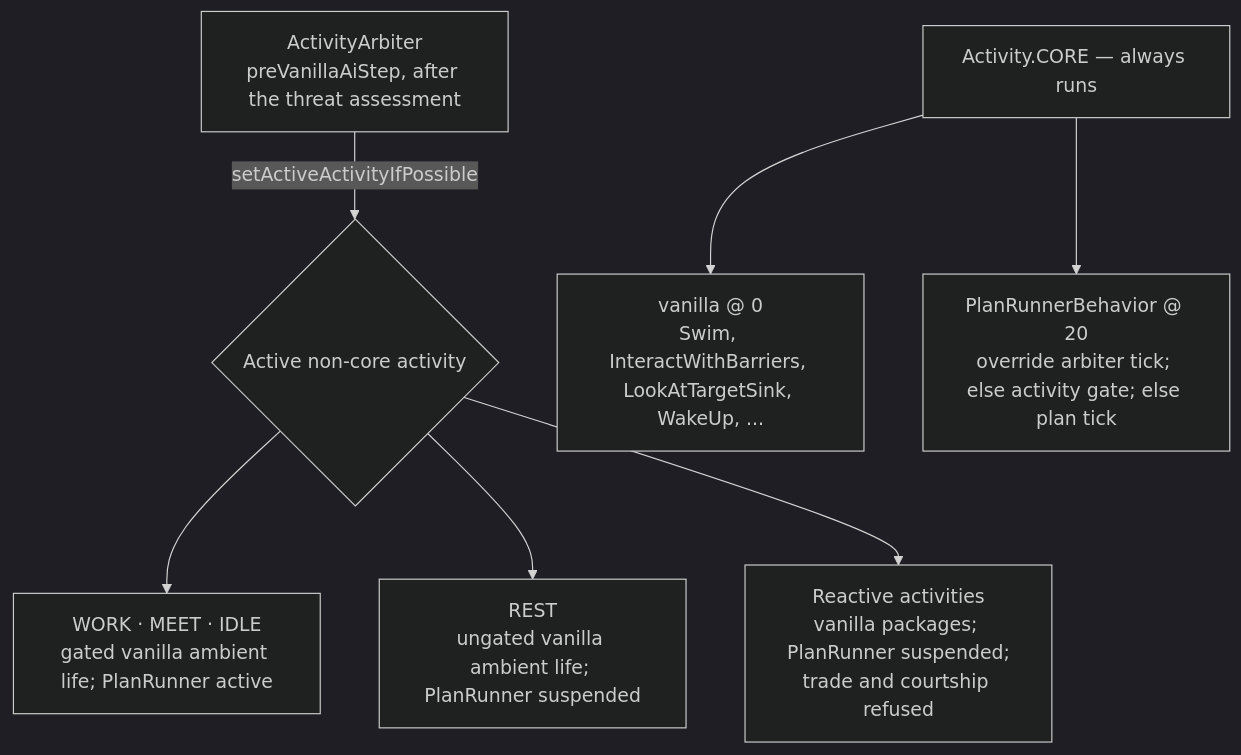
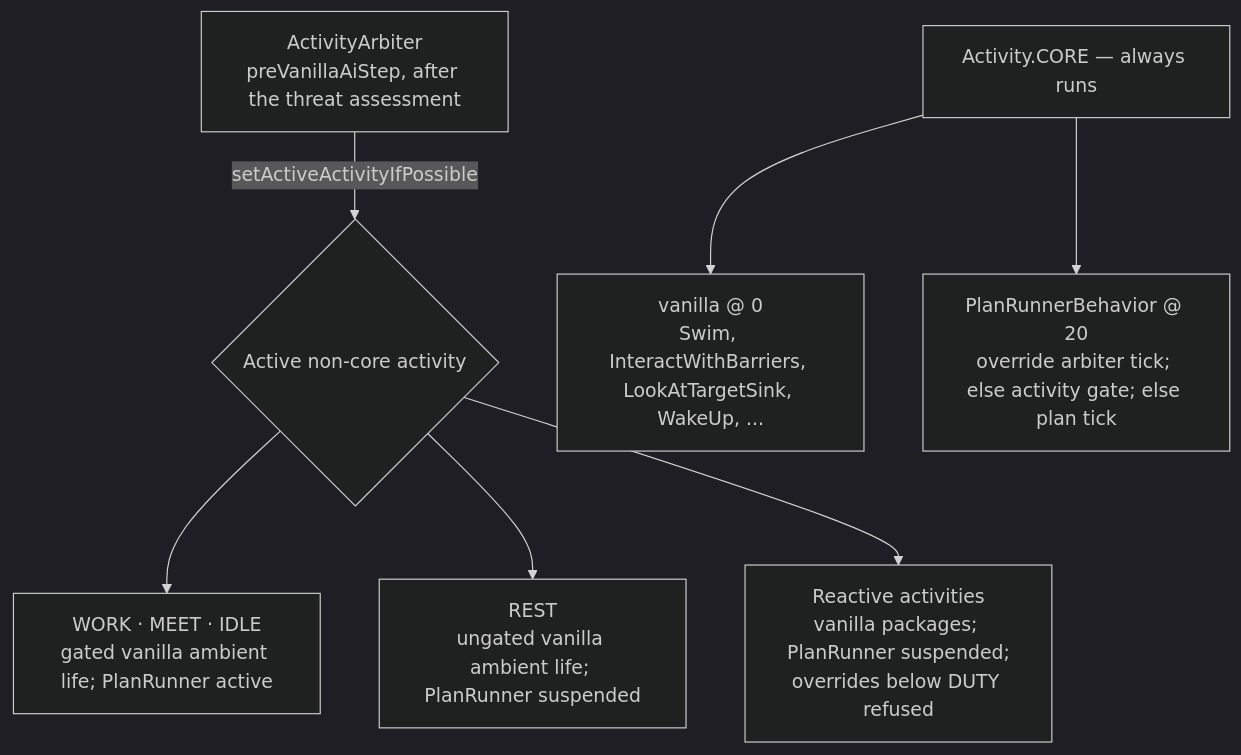
Before and after one commit to breeze-devs/Settlements-Alpha: the diagram in docs/references/behavior_orchestration.md, drawn with Mermaid (dark theme). The commit also changed other lines of this file and 50 other files, not shown here.

Commit message:
Added chart raiders behavior

````diff
--- a/docs/references/behavior_orchestration.md
+++ b/docs/references/behavior_orchestration.md
@@ -61,12 +61,12 @@
 ```mermaid
 flowchart TD
     ARB["ActivityArbiter<br/>preVanillaAiStep, after the threat assessment"]
     ARB -->|" setActiveActivityIfPossible "| ACT
     CORE["Activity.CORE — always runs"]
     CORE --> VAN["vanilla @ 0<br/>Swim, InteractWithBarriers, LookAtTargetSink, WakeUp, ..."]
     CORE --> PRB["PlanRunnerBehavior @ 20<br/>override arbiter tick; else activity gate; else plan tick"]
     ACT{"Active non-core activity"}
     ACT --> MANAGED["WORK · MEET · IDLE<br/>gated vanilla ambient life; PlanRunner active"]
     ACT --> REST["REST<br/>ungated vanilla ambient life; PlanRunner suspended"]
-    ACT --> REACTIVE["Reactive activities<br/>vanilla packages; PlanRunner suspended;<br/>trade and courtship refused"]
+    ACT --> REACTIVE["Reactive activities<br/>vanilla packages; PlanRunner suspended;<br/>overrides below DUTY refused"]
 ```
````
